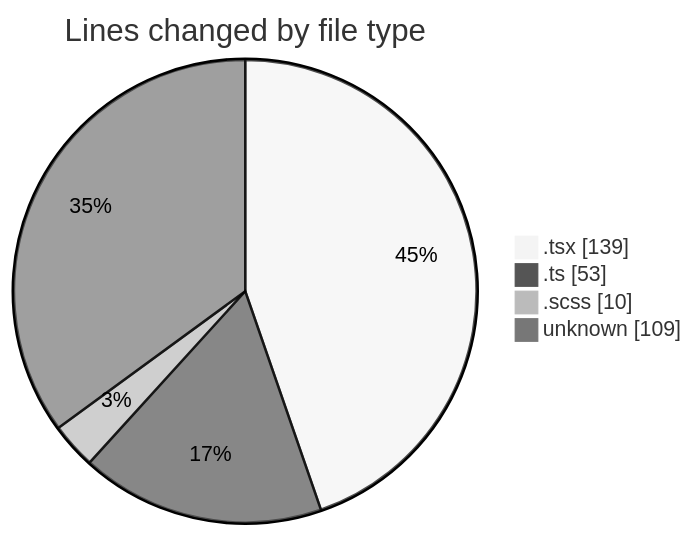
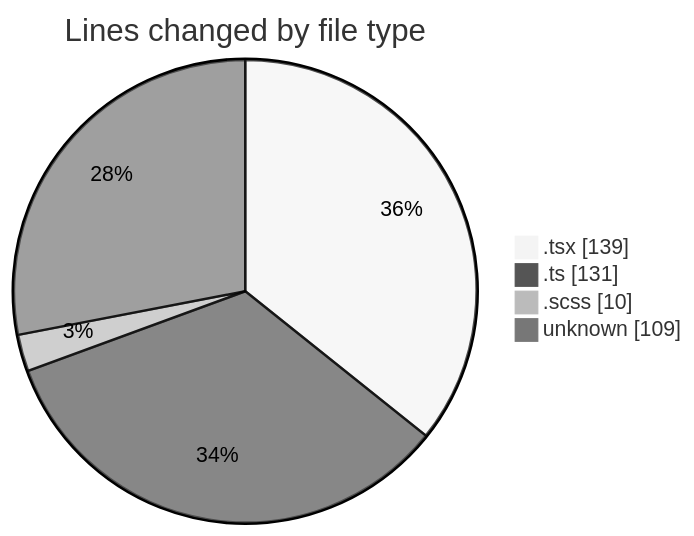
Before and after one commit to momahboobian/code-tracking: the first of 2 diagrams in 2026-04-15/cda/README.md, drawn with Mermaid (neutral theme). The commit also changed other lines of this file and 1 other file, not shown here.

````diff
--- a/2026-04-15/cda/README.md
+++ b/2026-04-15/cda/README.md
@@ -28,8 +29,8 @@
 ```mermaid
 pie showData
 title Lines changed by file type
 ".tsx" : 139
-".ts" : 53
+".ts" : 131
 ".scss" : 10
 "unknown" : 109
 ```
````
